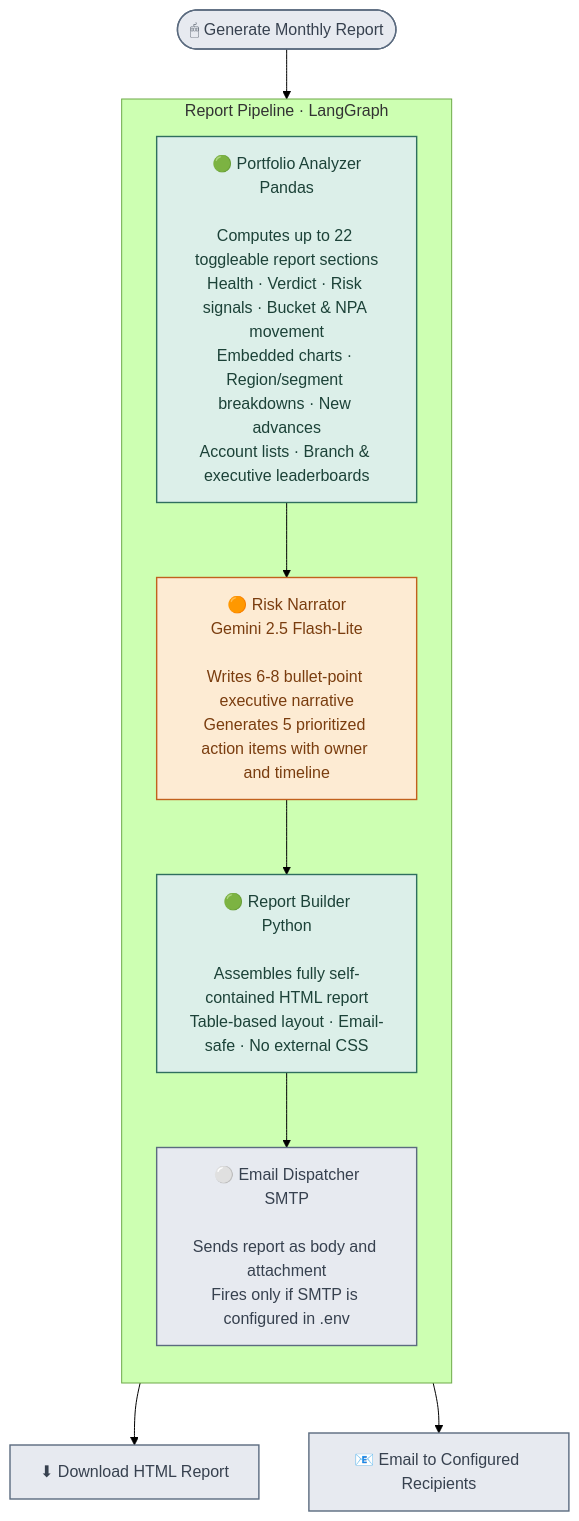
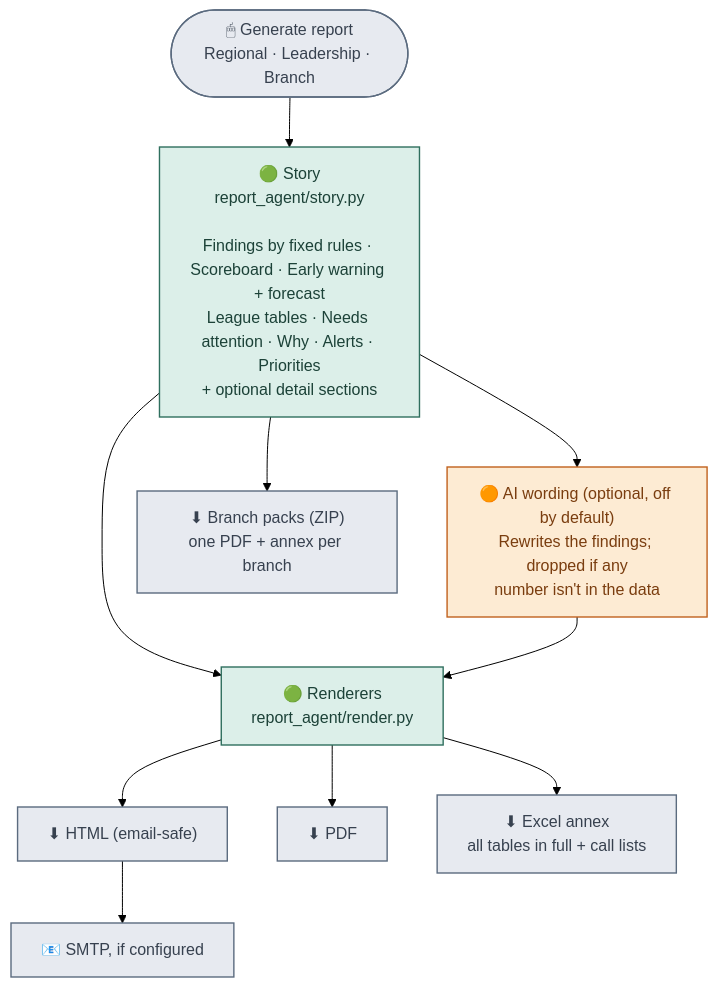
One commit to Sanjay-00/CollectionIQ changed the second of 3 diagrams in README.md. Above: the diagram before and after it, drawn with Mermaid (forest theme). The commit also changed other lines of this file and 68 other files, not shown here.

Commit message:
New monthly report, Dashboard summary, roll analysis; drop classic report

````diff
--- a/README.md
+++ b/README.md
@@ -324,23 +326,31 @@
 ```mermaid
 flowchart TD
-    Trigger(["🖱 Generate Monthly Report"]) --> PA
+    Trigger(["🖱 Generate report
+Regional · Leadership · Branch"]) --> ST
+    ST["🟢 Story
+report_agent/story.py
 
-    subgraph RP ["  Report Pipeline · LangGraph  "]
-        direction TB
-        PA["🟢 Portfolio Analyzer\nPandas\n\nComputes up to 22 toggleable report sections\nHealth · Verdict · Risk signals · Bucket & NPA movement\nEmbedded charts · Region/segment breakdowns · New advances\nAccount lists · Branch & executive leaderboards"]
-        RN["🟠 Risk Narrator\nGemini 2.5 Flash-Lite\n\nWrites 6-8 bullet-point executive narrative\nGenerates 5 prioritized action items with owner and timeline"]
-        RB["🟢 Report Builder\nPython\n\nAssembles fully self-contained HTML report\nTable-based layout · Email-safe · No external CSS"]
-        ED["⚪ Email Dispatcher\nSMTP\n\nSends report as body and attachment\nFires only if SMTP is configured in .env"]
-        PA --> RN --> RB --> ED
-    end
-
-    RB --> DL["⬇ Download HTML Report"]
-    ED --> EM["📧 Email to Configured Recipients"]
+Findings by fixed rules · Scoreboard · Early warning + forecast
+League tables · Needs attention · Why · Alerts · Priorities
++ optional detail sections"]
+    ST --> AI["🟠 AI wording (optional, off by default)
+Rewrites the findings; dropped if any
+number isn't in the data"]
+    ST --> R["🟢 Renderers
+report_agent/render.py"]
+    AI --> R
+    R --> H["⬇ HTML (email-safe)"]
+    R --> P["⬇ PDF"]
+    R --> X["⬇ Excel annex
+all tables in full + call lists"]
+    H --> EM["📧 SMTP, if configured"]
+    ST --> PK["⬇ Branch packs (ZIP)
+one PDF + annex per branch"]
 
     classDef llm fill:#FDEBD3,stroke:#C1611D,color:#7A3D0F,stroke-width:1.4px;
     classDef det fill:#DCEFE9,stroke:#2F6F5E,color:#1C4238,stroke-width:1.4px;
     classDef neutral fill:#E7EAF0,stroke:#5B6B7F,color:#37414F,stroke-width:1.4px;
-    class RN llm;
-    class PA,RB det;
-    class Trigger,ED,DL,EM neutral;
+    class AI llm;
+    class ST,R det;
+    class Trigger,H,P,X,EM,PK neutral;
 ```
````
